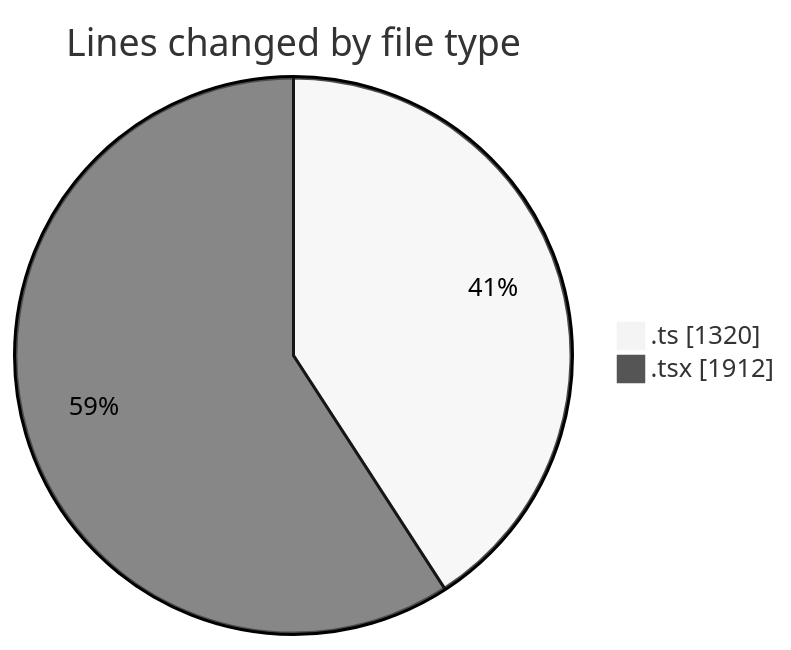
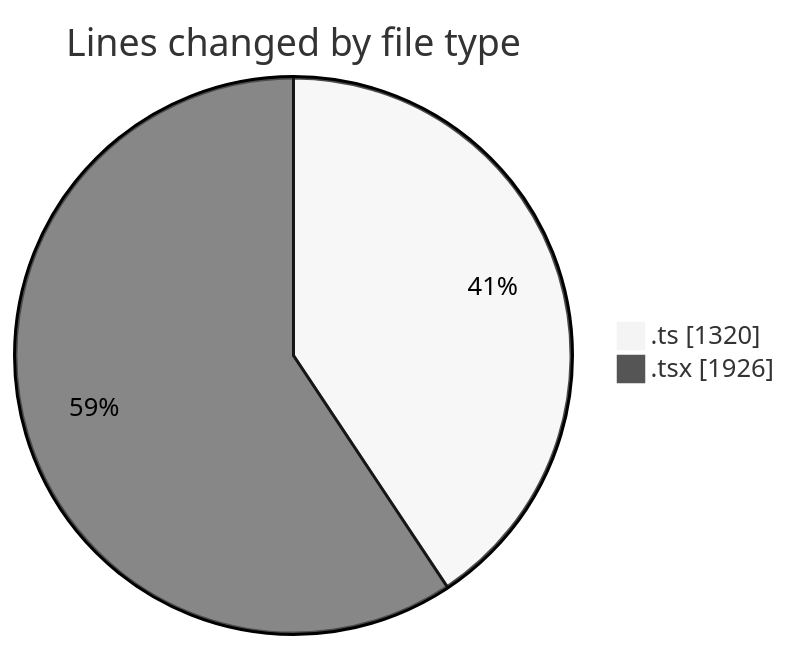
Before and after one commit to momahboobian/code-tracking: the first of 2 diagrams in 2025-07-01/cda/README.md, drawn with Mermaid (neutral theme). The commit also changed other lines of this file and 1 other file, not shown here.

````diff
--- a/2025-07-01/cda/README.md
+++ b/2025-07-01/cda/README.md
@@ -29,6 +29,6 @@
 ```mermaid
 pie showData
 title Lines changed by file type
 ".ts" : 1320
-".tsx" : 1912
+".tsx" : 1926
 ```
````
